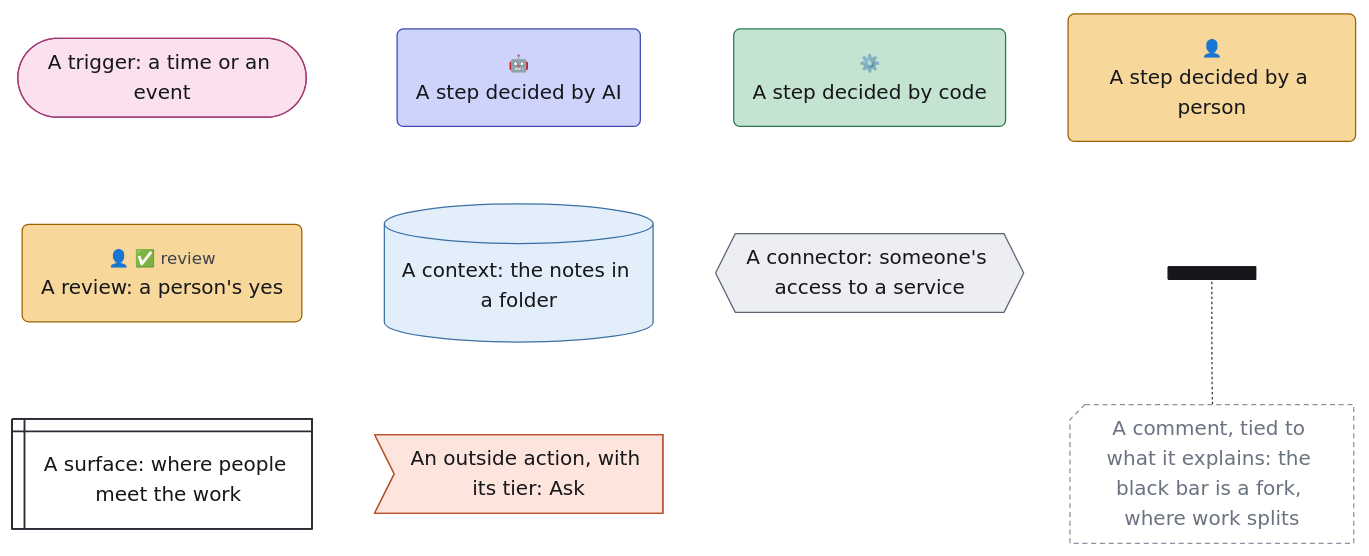
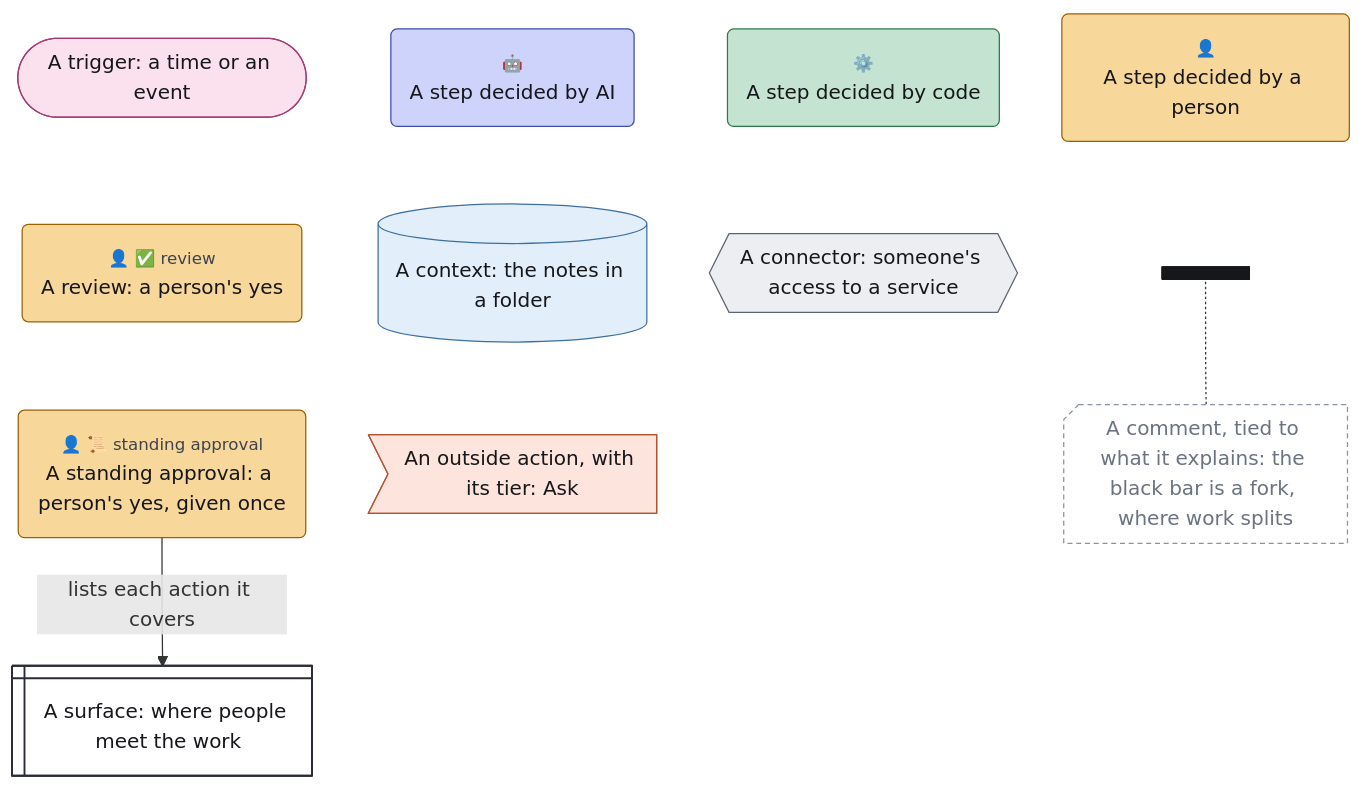
One commit to chrismdp/awml changed the diagram in examples/legend.mmd. Above: the diagram before and after it, drawn with Mermaid. The commit also changed 43 other files, not shown here.

```diff
--- a/examples/legend.mmd
+++ b/examples/legend.mmd
@@ -1,50 +1,52 @@
 ---
 config:
   theme: default
   fontFamily: Inter, sans-serif
   flowchart:
     useMaxWidth: false
     subGraphTitleMargin:
       top: 6
       bottom: 30
 ---
 flowchart TB
   trigger(["A trigger#58; a time or an event"])
   ai("<small style='color:rgb(61,67,79)'>🤖</small><br>A step decided by AI")
   code("<small style='color:rgb(61,67,79)'>⚙️</small><br>A step decided by code")
   person("<small style='color:rgb(61,67,79)'>👤</small><br>A step decided by a person")
   review("<small style='color:rgb(61,67,79)'>👤 ✅ review</small><br>A review#58; a person#39;s yes")
+  approval("<small style='color:rgb(61,67,79)'>👤 📜 standing approval</small><br>A standing approval#58; a person#39;s yes#44; given once")
   context[("A context#58; the notes in a folder")]
   connector{{"A connector#58; someone#39;s access to a service"}}
   fork@{ shape: fork, label: "" }
   surface@{ shape: win-pane, label: "A surface#58; where people meet the work" }
   outside>"An outside action#44; with its tier#58; Ask"]
   comment@{ shape: notch-rect, label: "A comment#44; tied to what it explains#58; the black bar is a fork#44; where work splits" }
 
   trigger ~~~ review
-  review ~~~ surface
+  review ~~~ approval
+  approval -->|"lists each action it covers"| surface
   ai ~~~ context
   context ~~~ outside
   code ~~~ connector
   person ~~~ fork
   fork -.- comment
   classDef trig fill:#fbe1ee,stroke:#a33a74,color:#16171b
   classDef ctx fill:#e2eef9,stroke:#3d6fa3,color:#16171b
   classDef con fill:#eceef2,stroke:#5d6472,color:#16171b
   classDef surf fill:#ffffff,stroke:#2a2d35,stroke-width:1.5px,color:#16171b
   classDef out fill:#fde4dc,stroke:#b5532f,color:#16171b
   classDef ai fill:#cdd3fb,stroke:#3b4bb0,color:#16171b
   classDef code fill:#c4e3d1,stroke:#2b7a4f,color:#16171b
   classDef person fill:#f7d79a,stroke:#9a6100,color:#16171b
   classDef uml fill:#16171b,stroke:#16171b,color:#16171b
   classDef gap fill:#ffffff,stroke:#8a93a3,stroke-dasharray:4 3,color:#6b7280
   class trigger trig
   class context ctx
   class connector con
   class surface surf
   class outside out
   class ai ai
   class code code
-  class person,review person
+  class person,review,approval person
   class fork uml
   class comment gap
```
